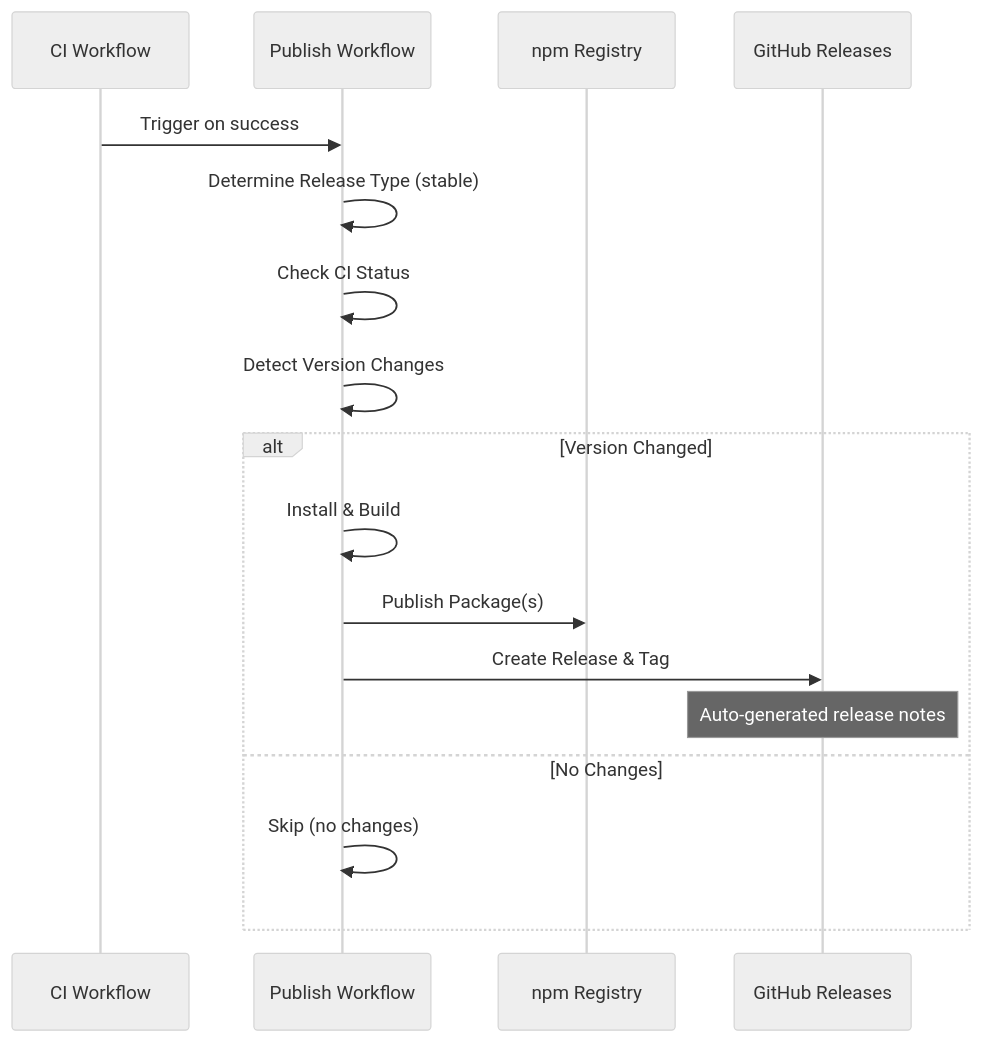
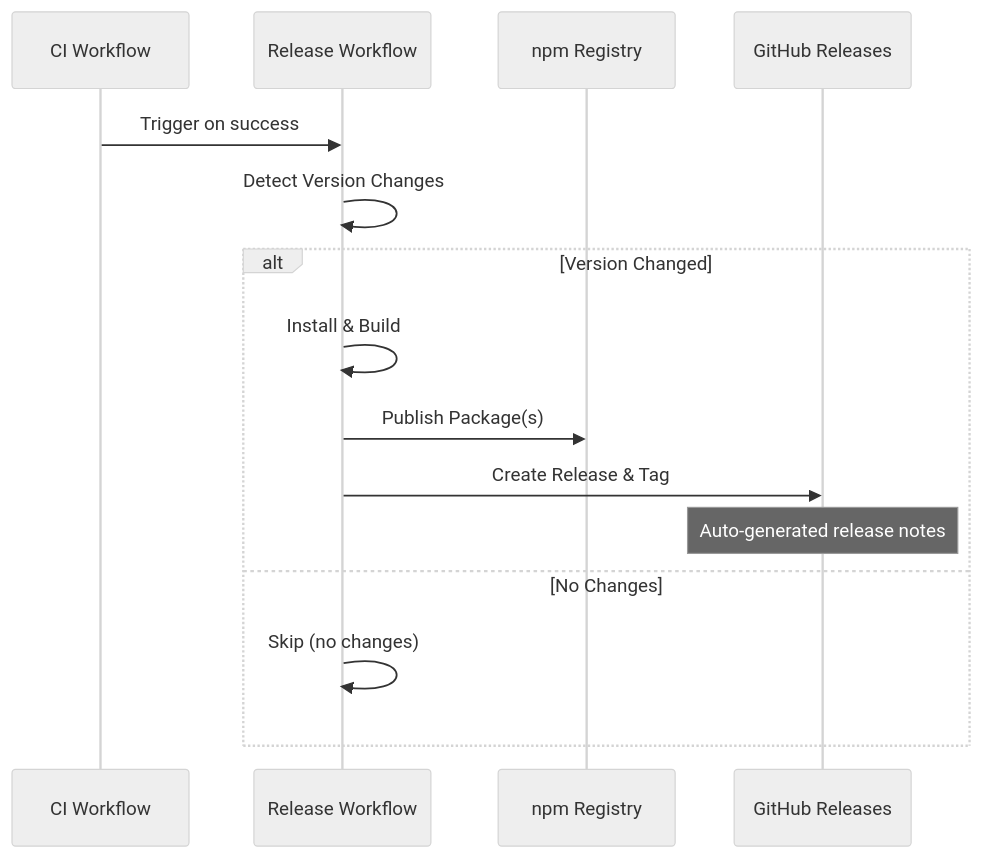
Before and after one commit to iress/design-system: the fourth of 5 diagrams in .github/WORKFLOWS.md, drawn with Mermaid (neutral theme). The commit also changed other lines of this file and 1 other file, not shown here.

````diff
--- a/.github/WORKFLOWS.md
+++ b/.github/WORKFLOWS.md
@@ -149,20 +173,18 @@
 ```mermaid
 sequenceDiagram
     participant CI as CI Workflow
-    participant P as Publish Workflow
+    participant R as Release Workflow
     participant NPM as npm Registry
     participant GH as GitHub Releases
 
-    CI->>P: Trigger on success
-    P->>P: Determine Release Type (stable)
-    P->>P: Check CI Status
-    P->>P: Detect Version Changes
+    CI->>R: Trigger on success
+    R->>R: Detect Version Changes
     alt Version Changed
-        P->>P: Install & Build
-        P->>NPM: Publish Package(s)
-        P->>GH: Create Release & Tag
+        R->>R: Install & Build
+        R->>NPM: Publish Package(s)
+        R->>GH: Create Release & Tag
         Note over GH: Auto-generated release notes
     else No Changes
-        P->>P: Skip (no changes)
+        R->>R: Skip (no changes)
     end
 ```
````
